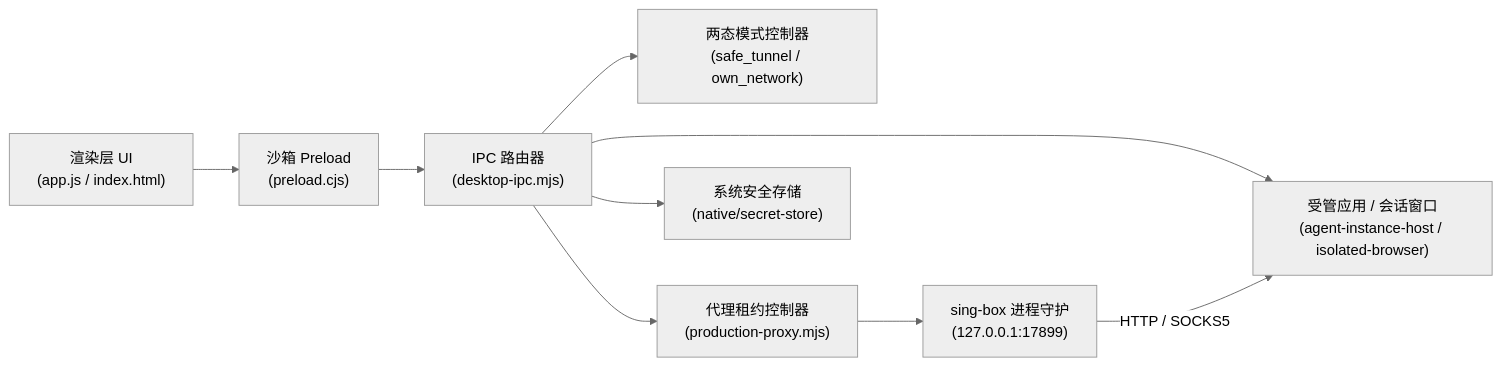
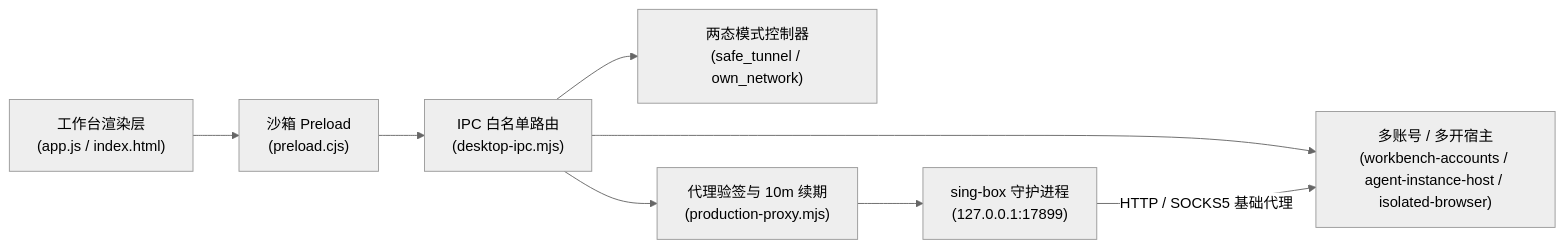
One commit to guowei-3399/dingtu-client changed the diagram in desktop/README.md. Above: the diagram before and after it, drawn with Mermaid (neutral theme). The commit also changed other lines of this file and 2 other files, not shown here.

Commit message:
docs: showcase 17 AI agents, multi-account, multi-instance, and hardening boundaries

````diff
--- a/desktop/README.md
+++ b/desktop/README.md
@@ -56,18 +81,16 @@
 ```mermaid
 flowchart LR
-    Renderer["渲染层 UI<br/>(app.js / index.html)"]
+    Renderer["工作台渲染层<br/>(app.js / index.html)"]
     Preload["沙箱 Preload<br/>(preload.cjs)"]
-    IPC["IPC 路由器<br/>(desktop-ipc.mjs)"]
+    IPC["IPC 白名单路由<br/>(desktop-ipc.mjs)"]
     Mode["两态模式控制器<br/>(safe_tunnel / own_network)"]
-    ProxyCtrl["代理租约控制器<br/>(production-proxy.mjs)"]
-    LocalProc["sing-box 进程守护<br/>(127.0.0.1:17899)"]
-    Store["系统安全存储<br/>(native/secret-store)"]
-    Apps["受管应用 / 会话窗口<br/>(agent-instance-host / isolated-browser)"]
+    ProxyCtrl["代理验签与 10m 续期<br/>(production-proxy.mjs)"]
+    LocalProc["sing-box 守护进程<br/>(127.0.0.1:17899)"]
+    Host["多账号 / 多开宿主<br/>(workbench-accounts / agent-instance-host / isolated-browser)"]
 
     Renderer --> Preload --> IPC
     IPC --> Mode
     IPC --> ProxyCtrl --> LocalProc
-    IPC --> Store
-    IPC --> Apps
-    LocalProc -->|"HTTP / SOCKS5"| Apps
+    IPC --> Host
+    LocalProc -->|"HTTP / SOCKS5 基础代理"| Host
 ```
````
